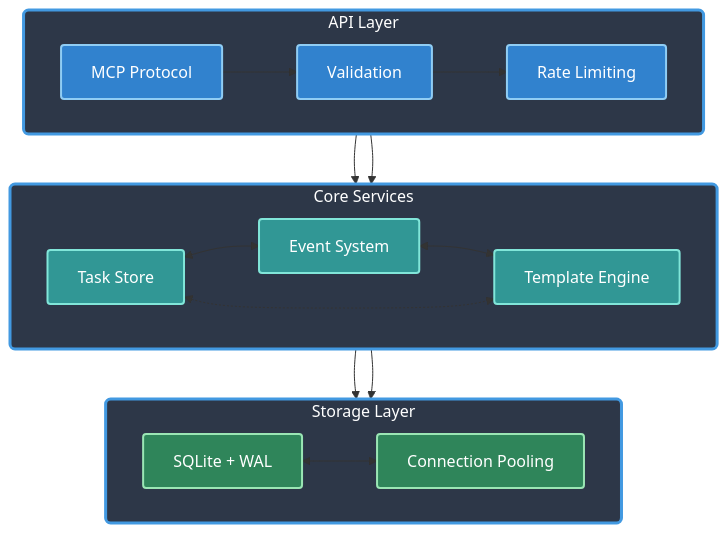
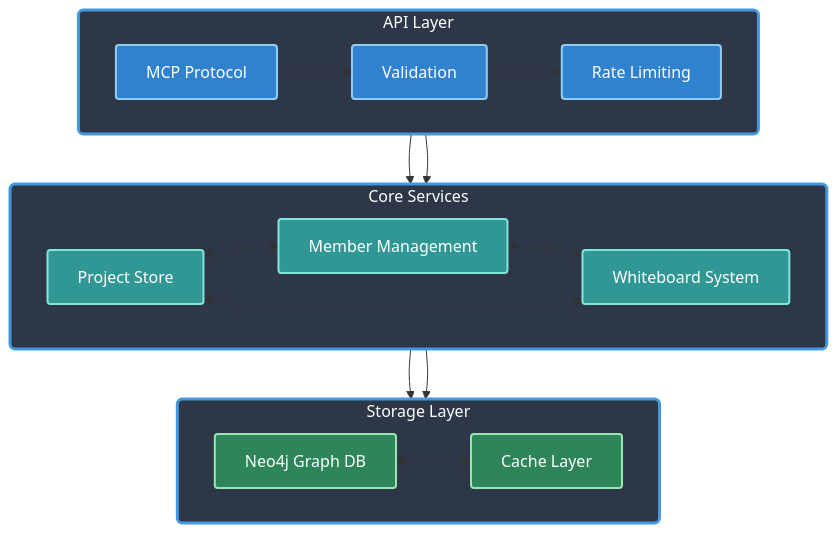
Before and after one commit to scotthamilton77/atlas-mcp-server: the diagram in README.md, drawn with Mermaid. The commit also changed other lines of this file and 340 other files, not shown here.

Commit message:
Atlas 2.0: Complete rewrite utilizing Neo4j graph database for better performance, stability, and plugin potential

````diff
--- a/README.md
+++ b/README.md
@@ -64,46 +67,46 @@
 ```mermaid
 flowchart TB
     subgraph API["API Layer"]
         direction LR
         MCP["MCP Protocol"]
         Val["Validation"]
         Rate["Rate Limiting"]
 
         MCP --> Val --> Rate
     end
 
     subgraph Core["Core Services"]
         direction LR
-        Task["Task Store"]
-        Event["Event System"]
-        Template["Template Engine"]
+        Project["Project Store"]
+        Whiteboard["Whiteboard System"]
+        Member["Member Management"]
 
-        Task <--> Event
-        Event <--> Template
-        Task <-.-> Template
+        Project <--> Member
+        Member <--> Whiteboard
+        Project <-.-> Whiteboard
     end
 
     subgraph Storage["Storage Layer"]
         direction LR
-        SQL["SQLite + WAL"]
-        Pool["Connection Pooling"]
+        Neo4j["Neo4j Graph DB"]
+        Cache["Cache Layer"]
 
-        SQL <--> Pool
+        Neo4j <--> Cache
     end
 
-    Rate --> Task
-    Rate --> Template
-    Task --> SQL
-    Template --> SQL
+    Rate --> Project
+    Rate --> Whiteboard
+    Project --> Neo4j
+    Whiteboard --> Neo4j
 
     classDef layer fill:#2d3748,stroke:#4299e1,stroke-width:3px,rx:5,color:#fff
     classDef component fill:#1a202c,stroke:#a0aec0,stroke-width:2px,rx:3,color:#fff
     classDef api fill:#3182ce,stroke:#90cdf4,stroke-width:2px,rx:3,color:#fff
     classDef core fill:#319795,stroke:#81e6d9,stroke-width:2px,rx:3,color:#fff
     classDef storage fill:#2f855a,stroke:#9ae6b4,stroke-width:2px,rx:3,color:#fff
 
     class API,Core,Storage layer
     class MCP,Val,Rate api
-    class Task,Event,Template core
-    class SQL,Pool storage
+    class Project,Whiteboard,Member core
+    class Neo4j,Cache storage
 ```
````
